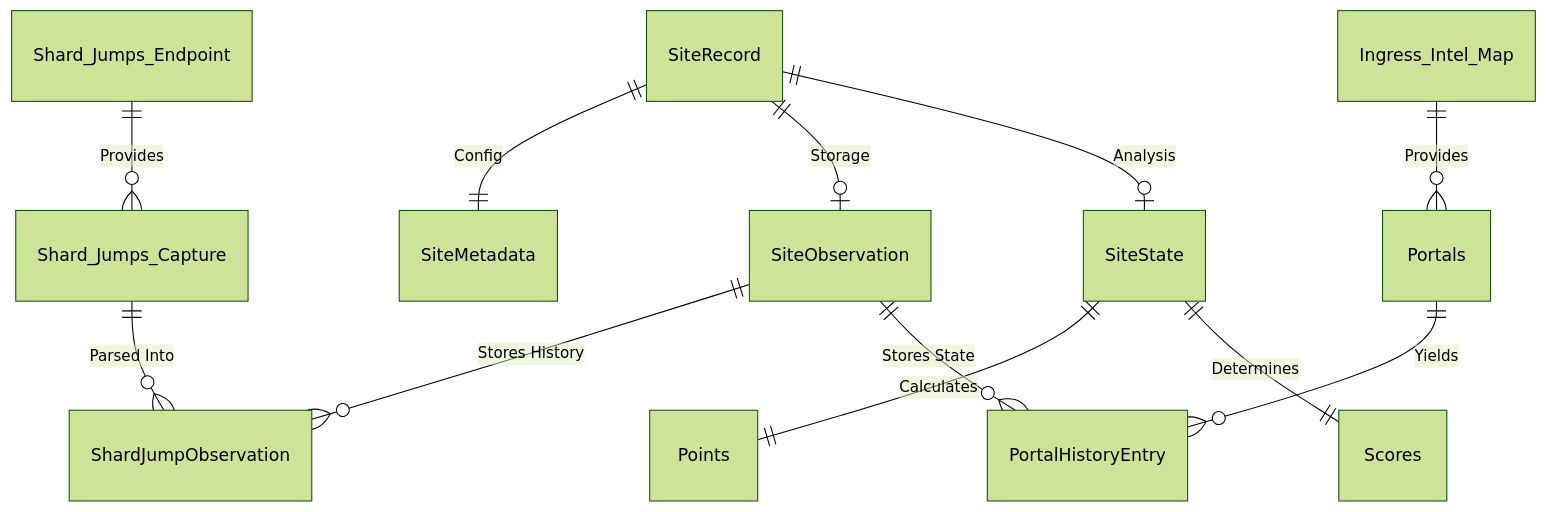
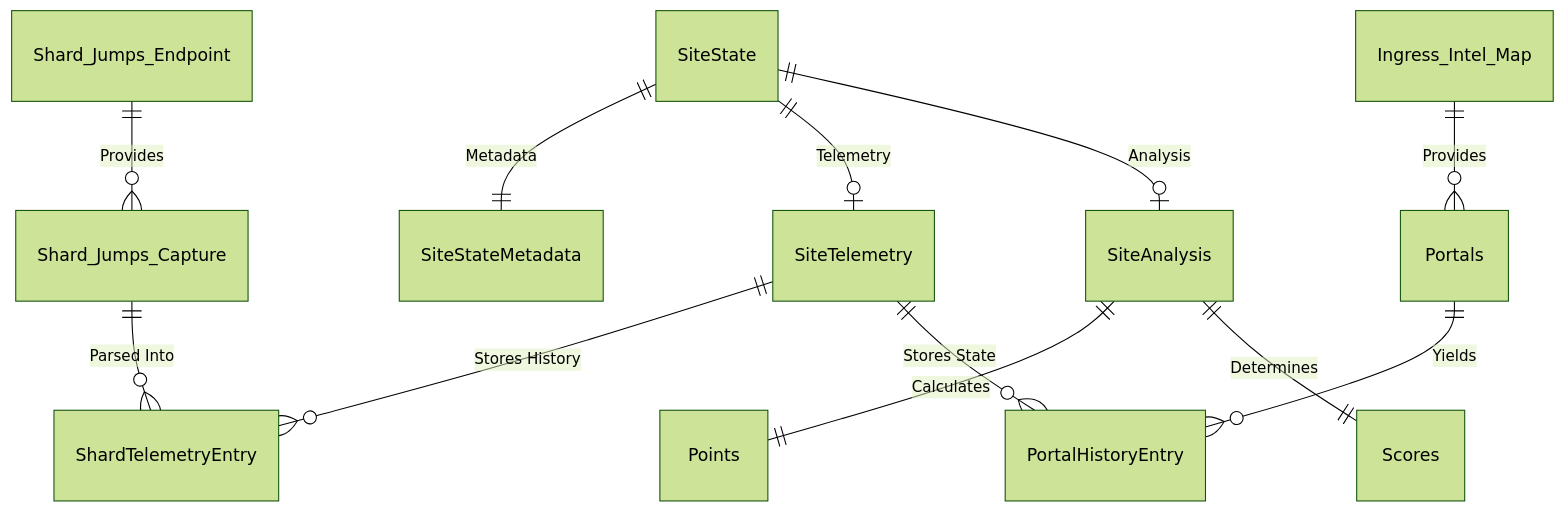
Before and after one commit to ingress-shards/ingress-events-core: the diagram in docs/Schema.md, drawn with Mermaid (forest theme). The commit also changed other lines of this file and 4 other files, not shown here.

First line of the commit message:
docs: align schema, architecture, and shard storm docs with SiteState domain

````diff
--- a/docs/Schema.md
+++ b/docs/Schema.md
@@ -38,23 +38,23 @@
 ```mermaid
 erDiagram
     %% Root Container
-    SiteRecord ||--|| SiteMetadata : "Config"
-    SiteRecord ||--o| SiteObservation : "Storage"
-    SiteRecord ||--o| SiteState : "Analysis"
+    SiteState ||--|| SiteStateMetadata : "Metadata"
+    SiteState ||--o| SiteTelemetry : "Telemetry"
+    SiteState ||--o| SiteAnalysis : "Analysis"
 
     %% Stage 1 & 2: Generation/Collection
     Ingress_Intel_Map ||--o{ Portals : "Provides"
     Shard_Jumps_Endpoint ||--o{ Shard_Jumps_Capture : "Provides"
     
     %% Stage 3: Processing
     Portals ||--o{ PortalHistoryEntry : "Yields"
-    Shard_Jumps_Capture ||--o{ ShardJumpObservation : "Parsed Into"
+    Shard_Jumps_Capture ||--o{ ShardTelemetryEntry : "Parsed Into"
     
-    %% Stage 4: Storage (within SiteObservation)
-    SiteObservation ||--o{ ShardJumpObservation : "Stores History"
-    SiteObservation ||--o{ PortalHistoryEntry : "Stores State"
+    %% Stage 4: Storage (within SiteTelemetry)
+    SiteTelemetry ||--o{ ShardTelemetryEntry : "Stores History"
+    SiteTelemetry ||--o{ PortalHistoryEntry : "Stores State"
     
-    %% Stage 5: Analysis (within SiteState)
-    SiteState ||--|| Points : "Calculates"
-    SiteState ||--|| Scores : "Determines"
+    %% Stage 5: Analysis (within SiteAnalysis)
+    SiteAnalysis ||--|| Points : "Calculates"
+    SiteAnalysis ||--|| Scores : "Determines"
 ```
````
